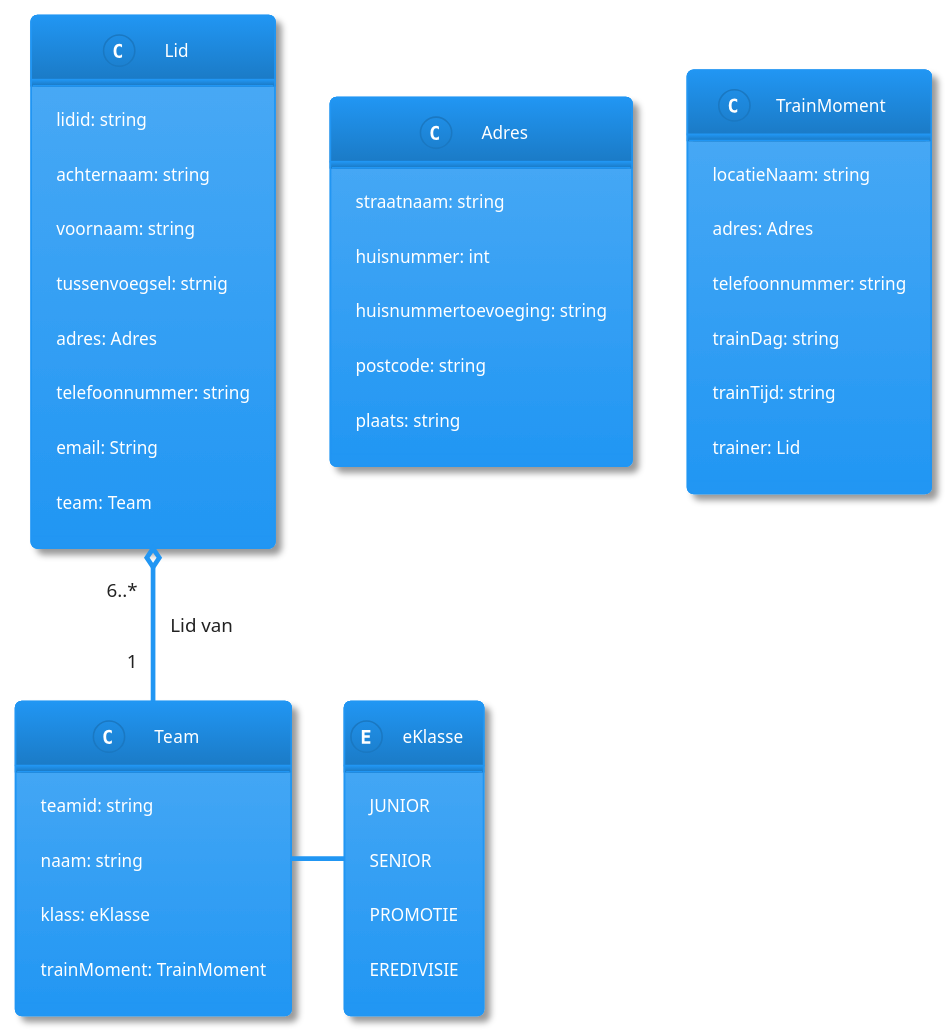
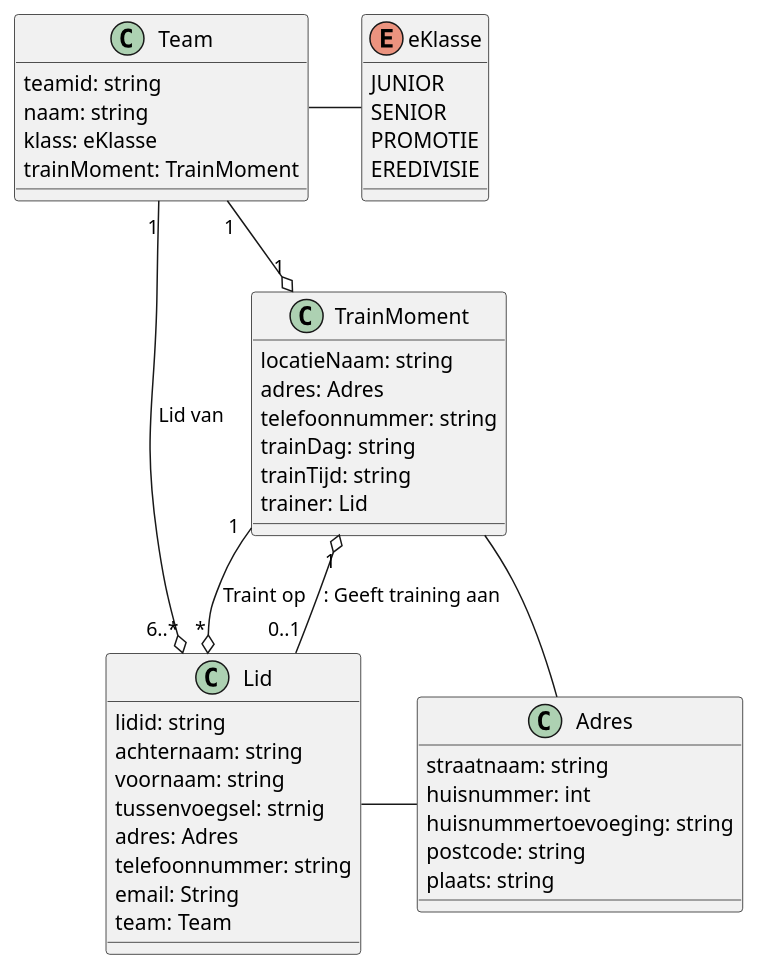
Before and after one commit to kaasszje/Zovoc-Leden-Beheer: the diagram in Docs/Zovoc-ClassDiagram.puml, drawn with PlantUML. The commit also changed 1 other file, not shown here.

Commit message:
Klassendiagram verder gemaakt

```diff
--- a/Docs/Zovoc-ClassDiagram.puml
+++ b/Docs/Zovoc-ClassDiagram.puml
@@ -1,74 +1,78 @@
 @startuml
 'https://plantuml.com/class-diagram
-!theme materia
+'!theme materia
 class Lid {
     lidid: string
     achternaam: string
     voornaam: string
     tussenvoegsel: strnig
     adres: Adres
     telefoonnummer: string
     email: String
     team: Team
 }
 
 class Team {
     teamid: string
     naam: string
     klass: eKlasse
     trainMoment: TrainMoment
 }
 
 class Adres {
     straatnaam: string
     huisnummer: int
     huisnummertoevoeging: string
     postcode: string
     plaats: string
 }
 
 class TrainMoment {
     locatieNaam: string
     adres: Adres
     telefoonnummer: string
     trainDag: string
     trainTijd: string
     trainer: Lid
 }
 
 enum eKlasse {
     JUNIOR
       SENIOR
       PROMOTIE
       EREDIVISIE
 }
 
 Team - eKlasse
 Lid "6..*" o-- "1" Team : Lid van
-
+TrainMoment "1" --o "*" Lid : Traint op
+Lid "0..1" --o "1" TrainMoment :  : Geeft training aan
+Lid - Adres
+TrainMoment - Adres
+Team "1" --o "1" TrainMoment
 
 
 'abstract class AbstractList
 'abstract AbstractCollection
 'interface List
 'interface Collection
 '
 'List <|-- AbstractList
 'Collection <|-- AbstractCollection
 '
 'Collection <|- List
 'AbstractCollection <|- AbstractList
 'AbstractList <|-- ArrayList
 '
 'class ArrayList {
 'Object[] elementData
 'size()
 '}
 '
 'enum TimeUnit {
 'DAYS
 'HOURS
 'MINUTES
 '}
 
 @enduml
```
